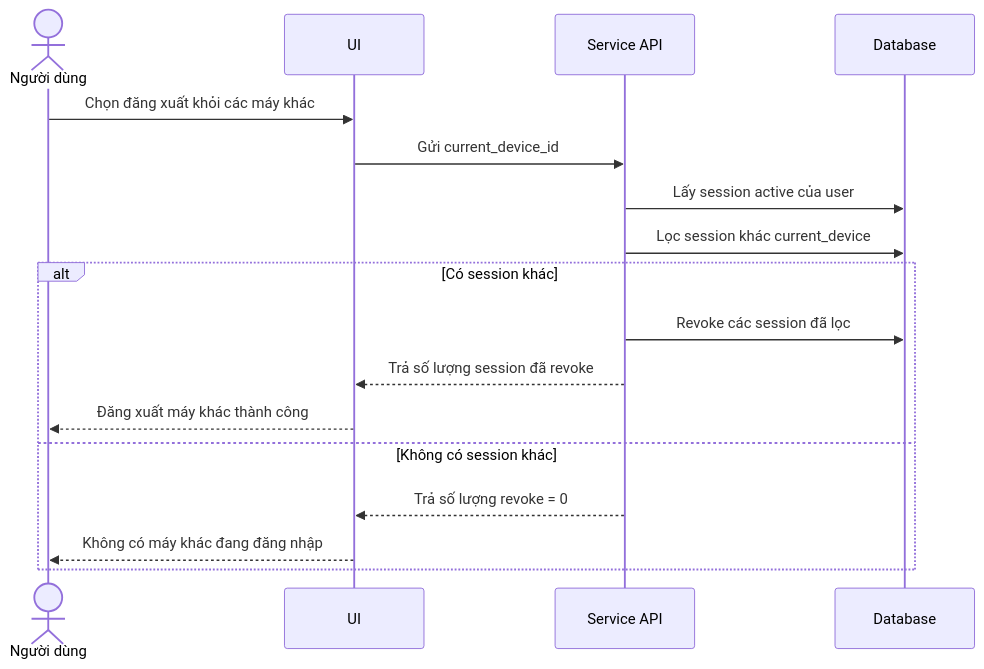
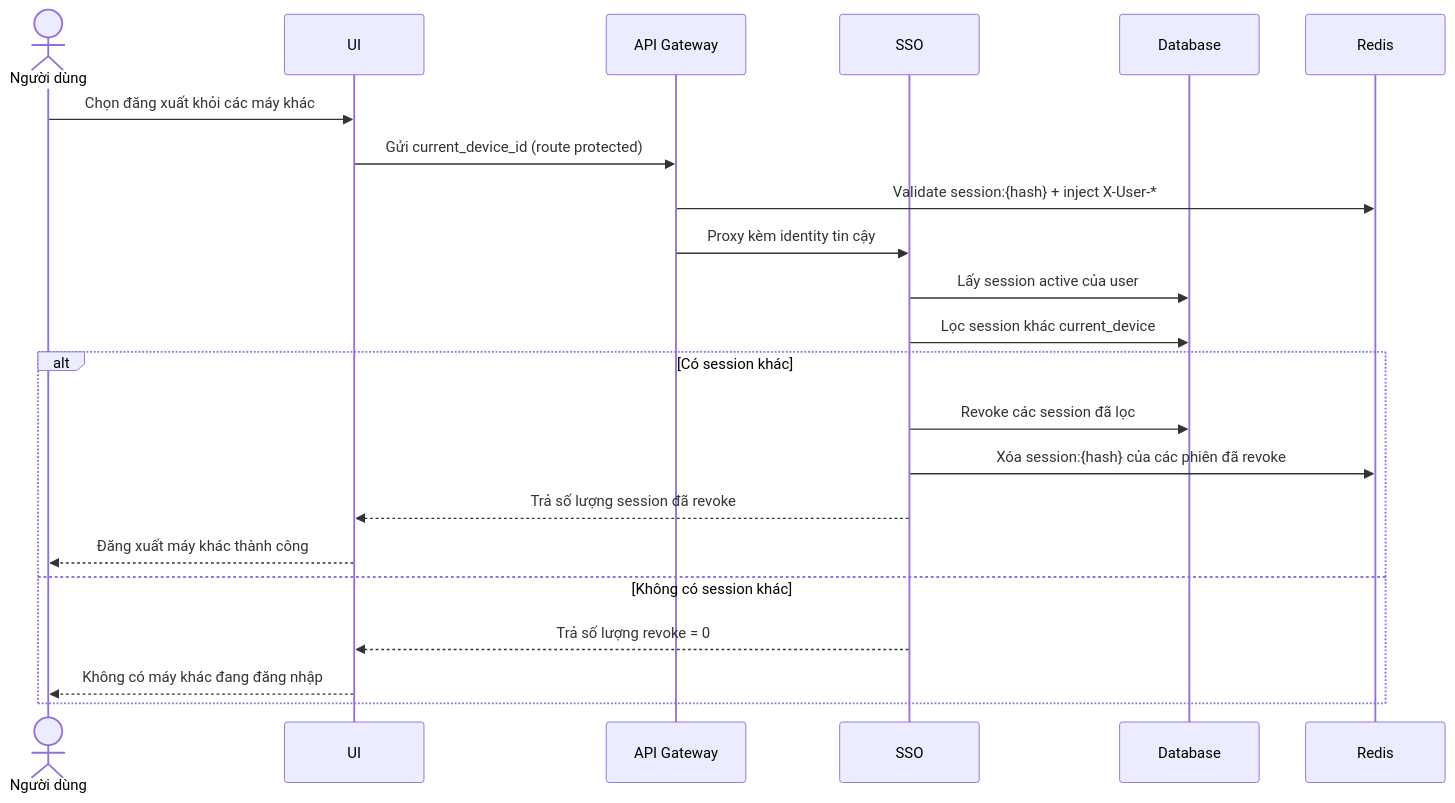
Before and after one commit to CVThien2k2/joytab: the sixth of 6 diagrams in docs/thiet-ke-he-thong-20260522.md, drawn with Mermaid. The commit also changed other lines of this file and 3 other files, not shown here.

Commit message:
docs: reflect api-gateway + sso edge-auth architecture

````diff
--- a/docs/thiet-ke-he-thong-20260522.md
+++ b/docs/thiet-ke-he-thong-20260522.md
@@ -137,20 +160,25 @@
 ```mermaid
 sequenceDiagram
   actor ND as Người dùng
   participant UI
-  participant API as Service API
+  participant GW as API Gateway
+  participant API as SSO
   participant DB as Database
+  participant RD as Redis
 
   ND->>UI: Chọn đăng xuất khỏi các máy khác
-  UI->>API: Gửi current_device_id
+  UI->>GW: Gửi current_device_id (route protected)
+  GW->>RD: Validate session:{hash} + inject X-User-*
+  GW->>API: Proxy kèm identity tin cậy
   API->>DB: Lấy session active của user
   API->>DB: Lọc session khác current_device
   alt Có session khác
     API->>DB: Revoke các session đã lọc
+    API->>RD: Xóa session:{hash} của các phiên đã revoke
     API-->>UI: Trả số lượng session đã revoke
     UI-->>ND: Đăng xuất máy khác thành công
   else Không có session khác
     API-->>UI: Trả số lượng revoke = 0
     UI-->>ND: Không có máy khác đang đăng nhập
   end
 ```
````
